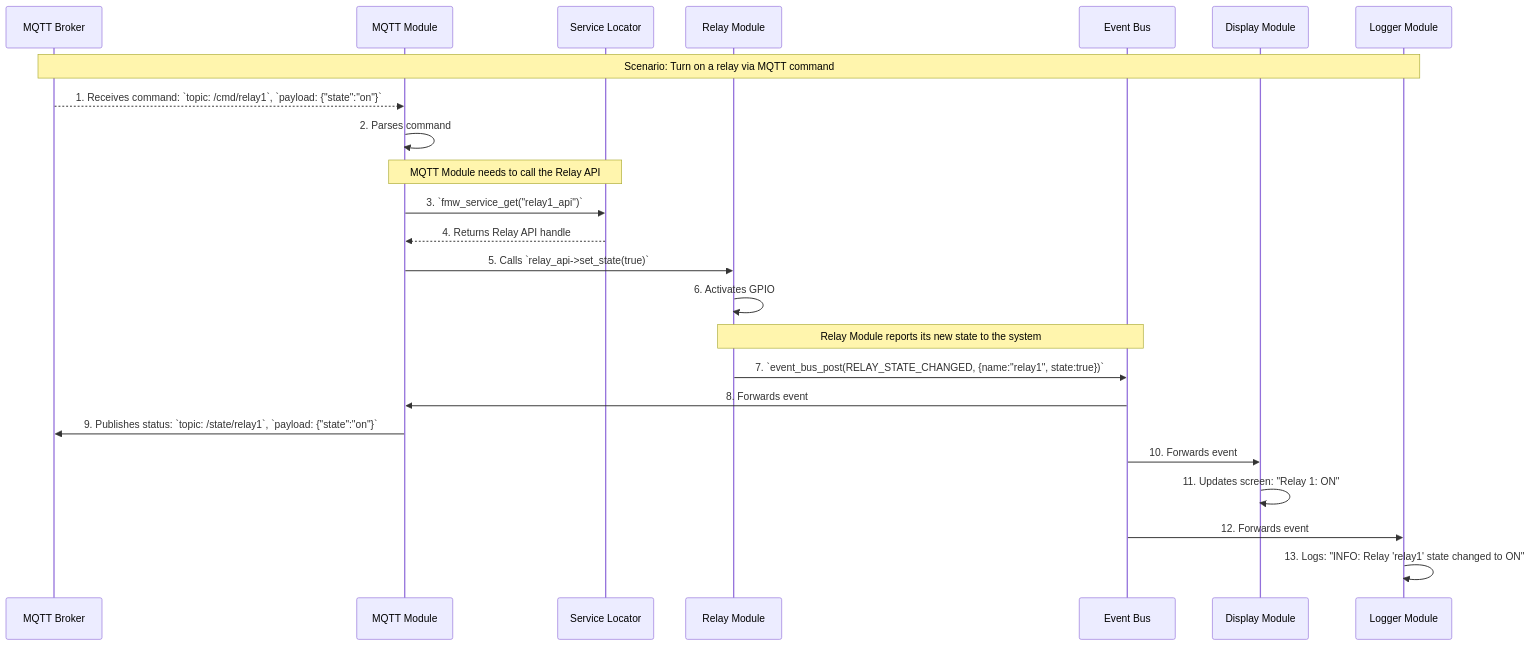
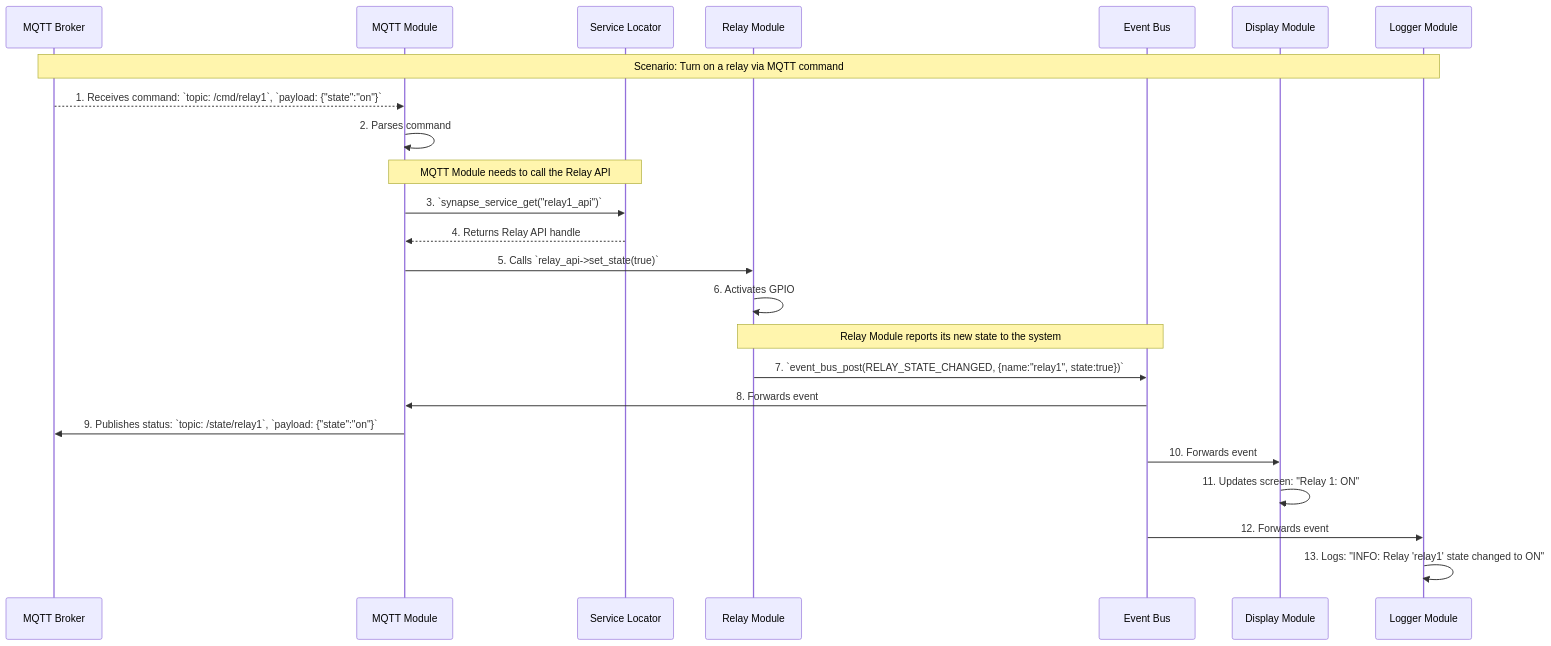
The diagram in docs/structure/communication_patterns.md (magradze/synapse), drawn with Mermaid before and after one commit. The commit also changed other lines of this file and 106 other files, not shown here.

First line of the commit message:
docs: add manifesto, update README and rename API prefix to synapse_

````diff
--- a/docs/structure/communication_patterns.md
+++ b/docs/structure/communication_patterns.md
@@ -56,38 +56,38 @@
 ```mermaid
 sequenceDiagram
     participant Cloud as MQTT Broker
     participant MqttMod as MQTT Module
     participant ServiceLocator as Service Locator
     participant RelayMod as Relay Module
     participant EventBus as Event Bus
     participant DisplayMod as Display Module
     participant LoggerMod as Logger Module
 
     Note over Cloud, LoggerMod: Scenario: Turn on a relay via MQTT command
 
     Cloud-->>MqttMod: 1. Receives command: `topic: /cmd/relay1`, `payload: {"state":"on"}`
 
     MqttMod->>MqttMod: 2. Parses command
 
     Note over MqttMod, ServiceLocator: MQTT Module needs to call the Relay API
 
-    MqttMod->>ServiceLocator: 3. `fmw_service_get("relay1_api")`
+    MqttMod->>ServiceLocator: 3. `synapse_service_get("relay1_api")`
     ServiceLocator-->>MqttMod: 4. Returns Relay API handle
 
     MqttMod->>RelayMod: 5. Calls `relay_api->set_state(true)`
 
     RelayMod->>RelayMod: 6. Activates GPIO
 
     Note over RelayMod, EventBus: Relay Module reports its new state to the system
 
     RelayMod->>EventBus: 7. `event_bus_post(RELAY_STATE_CHANGED, {name:"relay1", state:true})`
 
     EventBus->>MqttMod: 8. Forwards event
     MqttMod->>Cloud: 9. Publishes status: `topic: /state/relay1`, `payload: {"state":"on"}`
 
     EventBus->>DisplayMod: 10. Forwards event
     DisplayMod->>DisplayMod: 11. Updates screen: "Relay 1: ON"
 
     EventBus->>LoggerMod: 12. Forwards event
     LoggerMod->>LoggerMod: 13. Logs: "INFO: Relay 'relay1' state changed to ON"
 ```
````
